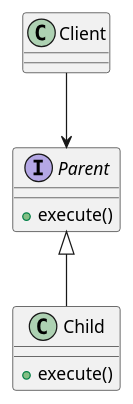
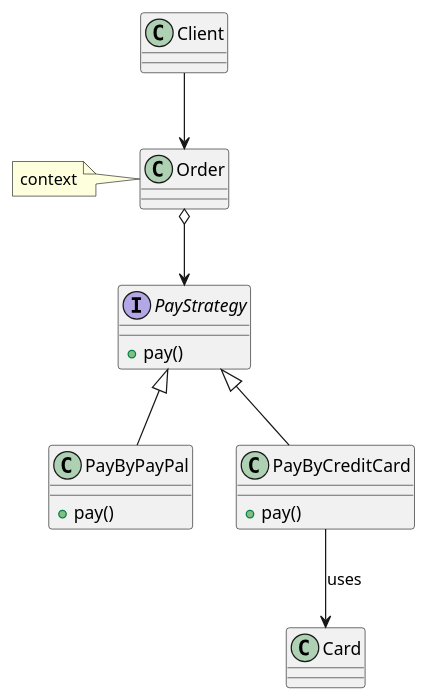
The diagram in src/main/java/com/sda/patterns/behavioral/strategy/challenge/challenge.puml (cosminbucur/sda-clean-code), drawn with PlantUML before and after one commit. The commit also changed 12 other files, not shown here.

```diff
--- a/src/main/java/com/sda/patterns/behavioral/strategy/challenge/challenge.puml
+++ b/src/main/java/com/sda/patterns/behavioral/strategy/challenge/challenge.puml
@@ -1,18 +1,31 @@
 @startuml
-
-'TODO fix
 
 class Client
 
-interface Parent {
-+execute()
+interface PayStrategy {
++pay()
 }
 
-class Child {
-+execute()
+class Order {
+}
+note left: context
+
+class PayByPayPal {
++pay()
 }
 
-Parent <|-- Child
-Client --> Parent
+class PayByCreditCard {
++pay()
+}
+
+class Card {
+}
+
+PayStrategy <|-- PayByPayPal
+PayStrategy <|-- PayByCreditCard
+PayByCreditCard --> Card: uses
+Order o--> PayStrategy
+Client --> Order
+
 
 @enduml
```
